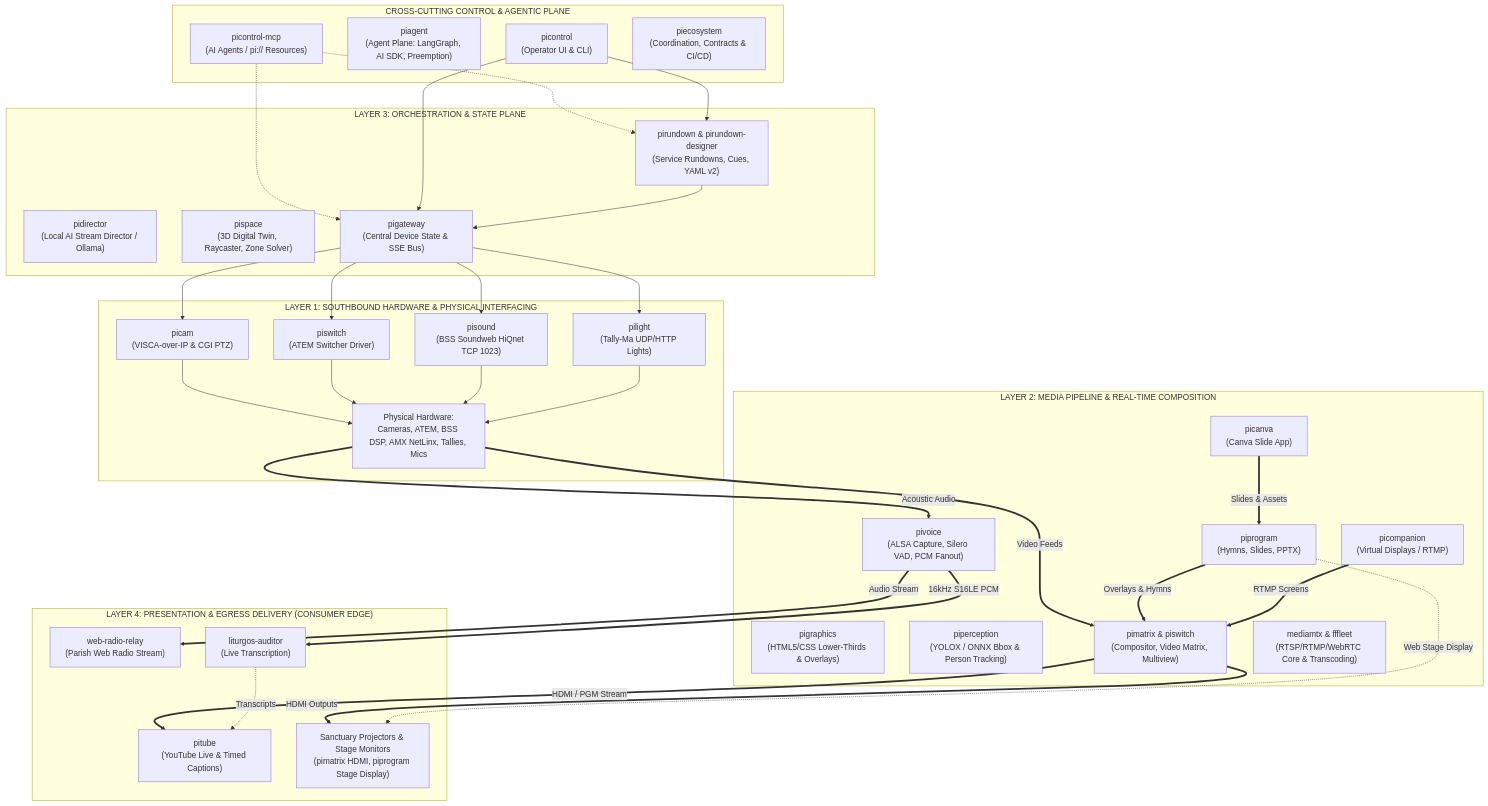
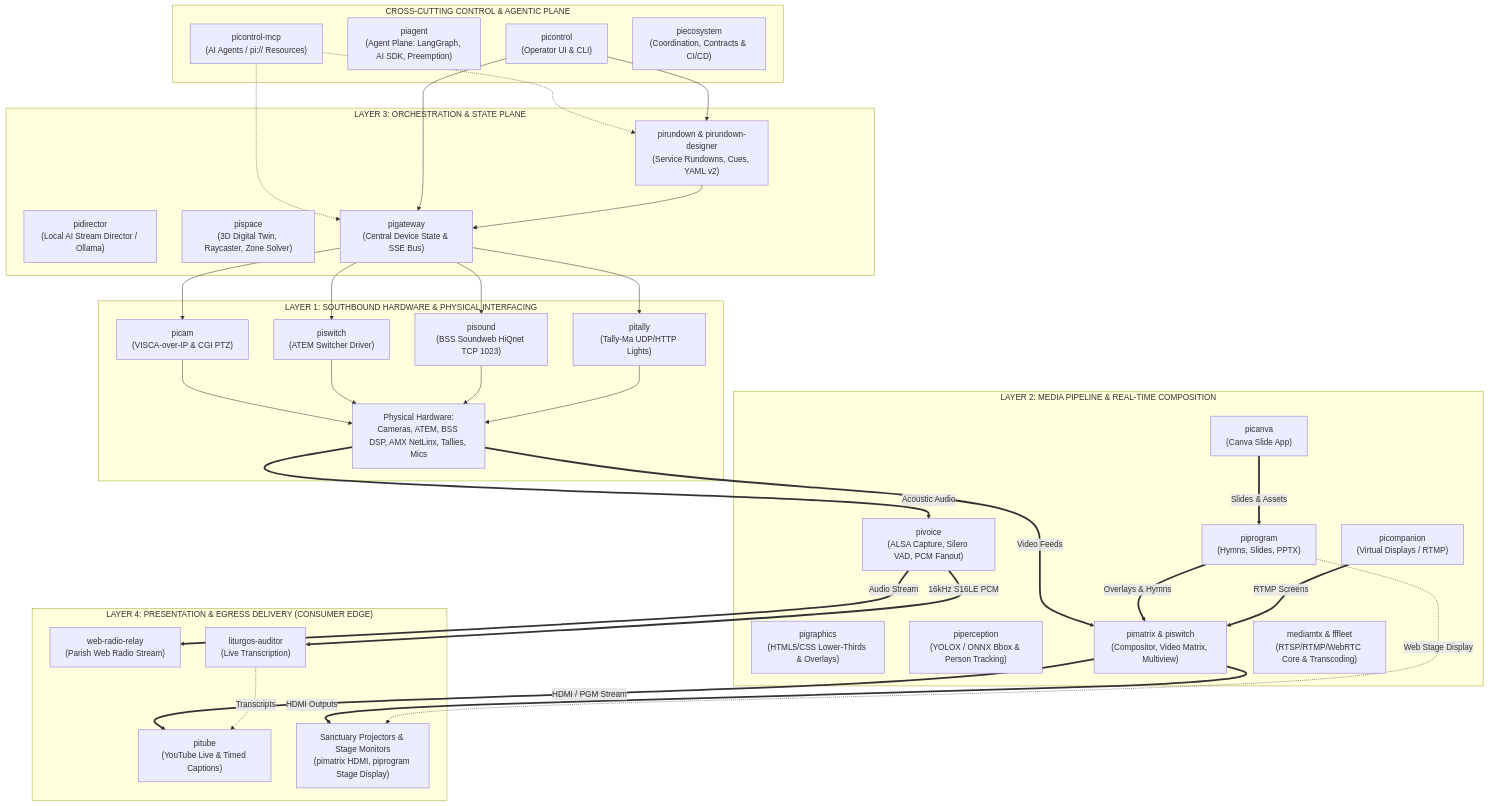
The diagram in docs/architecture-layers.md (jsilvanus/piecosystem), drawn with Mermaid before and after one commit. The commit also changed other lines of this file and 10 other files, not shown here.

First line of the commit message:
Rename pilight to pitally

````diff
--- a/docs/architecture-layers.md
+++ b/docs/architecture-layers.md
@@ -47,74 +47,74 @@
 ```mermaid
 flowchart TD
     subgraph CP["CROSS-CUTTING CONTROL & AGENTIC PLANE"]
         MCP["picontrol-mcp<br/>(AI Agents / pi:// Resources)"]
         AGENT["piagent<br/>(Agent Plane: LangGraph, AI SDK, Preemption)"]
         UI["picontrol<br/>(Operator UI & CLI)"]
         GOV["piecosystem<br/>(Coordination, Contracts & CI/CD)"]
     end
 
     subgraph L3["LAYER 3: ORCHESTRATION & STATE PLANE"]
         RUNDOWN["pirundown & pirundown-designer<br/>(Service Rundowns, Cues, YAML v2)"]
         DIRECTOR["pidirector<br/>(Local AI Stream Director / Ollama)"]
         SPACE["pispace<br/>(3D Digital Twin, Raycaster, Zone Solver)"]
         GATEWAY["pigateway<br/>(Central Device State & SSE Bus)"]
     end
 
     subgraph L2["LAYER 2: MEDIA PIPELINE & REAL-TIME COMPOSITION"]
         CANVA["picanva<br/>(Canva Slide App)"]
         PGM["piprogram<br/>(Hymns, Slides, PPTX)"]
         GRAPHICS["pigraphics<br/>(HTML5/CSS Lower-Thirds & Overlays)"]
         COMPANION["picompanion<br/>(Virtual Displays / RTMP)"]
         PERCEPTION["piperception<br/>(YOLOX / ONNX Bbox & Person Tracking)"]
         VOICE_DSP["pivoice<br/>(ALSA Capture, Silero VAD, PCM Fanout)"]
         MATRIX["pimatrix & piswitch<br/>(Compositor, Video Matrix, Multiview)"]
         MEDIAMTX["mediamtx & fffleet<br/>(RTSP/RTMP/WebRTC Core & Transcoding)"]
     end
 
     subgraph L1["LAYER 1: SOUTHBOUND HARDWARE & PHYSICAL INTERFACING"]
         PICAM["picam<br/>(VISCA-over-IP & CGI PTZ)"]
         PISWITCH["piswitch<br/>(ATEM Switcher Driver)"]
         PISOUND["pisound<br/>(BSS Soundweb HiQnet TCP 1023)"]
-        PILIGHT["pilight<br/>(Tally-Ma UDP/HTTP Lights)"]
+        PITALLY["pitally<br/>(Tally-Ma UDP/HTTP Lights)"]
         HW_DEVICES["Physical Hardware:<br/>Cameras, ATEM, BSS DSP, AMX NetLinx, Tallies, Mics"]
     end
 
     subgraph L4["LAYER 4: PRESENTATION & EGRESS DELIVERY (CONSUMER EDGE)"]
         YT["pitube<br/>(YouTube Live & Timed Captions)"]
         RADIO["web-radio-relay<br/>(Parish Web Radio Stream)"]
         AUDITOR["liturgos-auditor<br/>(Live Transcription)"]
         DISPLAYS["Sanctuary Projectors & Stage Monitors<br/>(pimatrix HDMI, piprogram Stage Display)"]
     end
 
     %% Control Flow
     MCP -.-> RUNDOWN
     MCP -.-> GATEWAY
     UI --> RUNDOWN
     UI --> GATEWAY
     RUNDOWN --> GATEWAY
     GATEWAY --> PICAM
     GATEWAY --> PISWITCH
     GATEWAY --> PISOUND
-    GATEWAY --> PILIGHT
+    GATEWAY --> PITALLY
 
     %% Hardware Interfacing
     PICAM --> HW_DEVICES
     PISWITCH --> HW_DEVICES
     PISOUND --> HW_DEVICES
-    PILIGHT --> HW_DEVICES
+    PITALLY --> HW_DEVICES
 
     %% Media Flow (Direct Data Plane)
     HW_DEVICES ==>|Video Feeds| MATRIX
     HW_DEVICES ==>|Acoustic Audio| VOICE_DSP
     CANVA ==>|Slides & Assets| PGM
     PGM ==>|Overlays & Hymns| MATRIX
     COMPANION ==>|RTMP Screens| MATRIX
     VOICE_DSP ==>|Audio Stream| RADIO
     VOICE_DSP ==>|16kHz S16LE PCM| AUDITOR
 
     %% Egress Delivery
     MATRIX ==>|HDMI / PGM Stream| YT
     AUDITOR -.->|Transcripts| YT
     MATRIX ==>|HDMI Outputs| DISPLAYS
     PGM -.->|Web Stage Display| DISPLAYS
 ```
````
